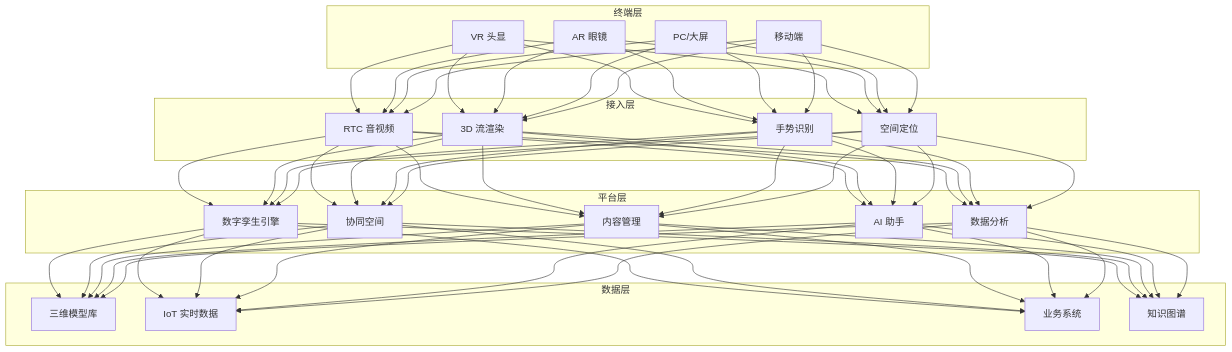
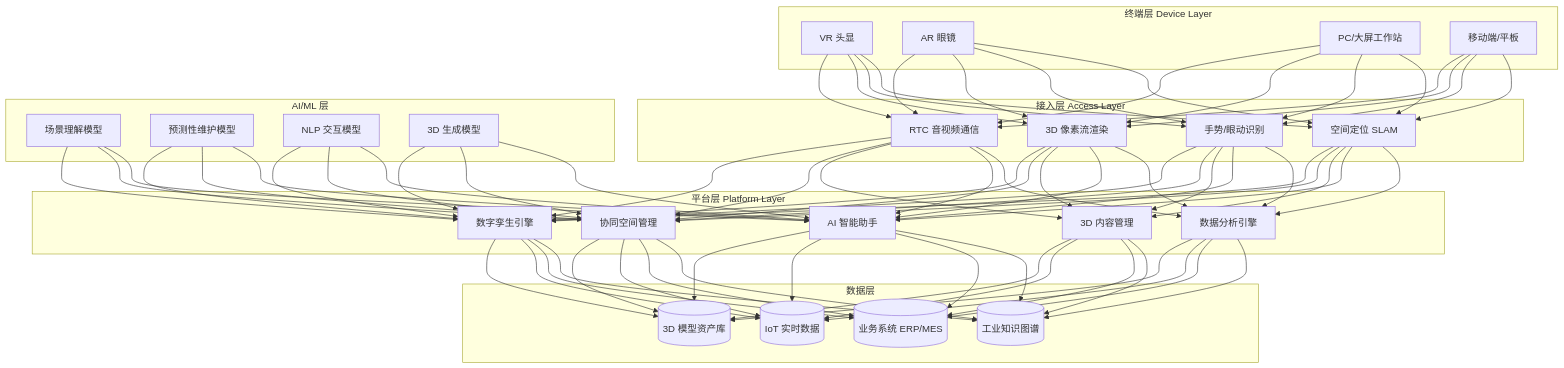
One commit to kudig-io/kudig-database changed the first of 2 diagrams in topic-application-architecture/95-industrial-metaverse.md. Above: the diagram before and after it, drawn with Mermaid. The commit also changed other lines of this file and 8633 other files, not shown here.

````diff
--- a/topic-application-architecture/95-industrial-metaverse.md
+++ b/topic-application-architecture/95-industrial-metaverse.md
@@ -49,35 +137,43 @@
 ```mermaid
 graph TB
-    subgraph 终端层
+    subgraph DeviceLayer["终端层 Device Layer"]
         T1[VR 头显]
         T2[AR 眼镜]
-        T3[PC/大屏]
-        T4[移动端]
+        T3[PC/大屏工作站]
+        T4[移动端/平板]
     end
 
-    subgraph 接入层
-        A1[RTC 音视频]
-        A2[3D 流渲染]
-        A3[手势识别]
-        A4[空间定位]
+    subgraph AccessLayer["接入层 Access Layer"]
+        A1[RTC 音视频通信]
+        A2[3D 像素流渲染]
+        A3[手势/眼动识别]
+        A4[空间定位 SLAM]
     end
 
-    subgraph 平台层
+    subgraph PlatformLayer["平台层 Platform Layer"]
         P1[数字孪生引擎]
-        P2[协同空间]
-        P3[内容管理]
-        P4[AI 助手]
-        P5[数据分析]
+        P2[协同空间管理]
+        P3[3D 内容管理]
+        P4[AI 智能助手]
+        P5[数据分析引擎]
     end
 
-    subgraph 数据层
-        D1[三维模型库]
-        D2[IoT 实时数据]
-        D3[业务系统]
-        D4[知识图谱]
+    subgraph AILayer["AI/ML 层"]
+        AI1[场景理解模型]
+        AI2[预测性维护模型]
+        AI3[NLP 交互模型]
+        AI4[3D 生成模型]
+    end
+
+    subgraph DataLayer["数据层"]
+        D1[(3D 模型资产库)]
+        D2[(IoT 实时数据)]
+        D3[(业务系统 ERP/MES)]
+        D4[(工业知识图谱)]
     end
 
     T1 & T2 & T3 & T4 --> A1 & A2 & A3 & A4
     A1 & A2 & A3 & A4 --> P1 & P2 & P3 & P4 & P5
+    AI1 & AI2 & AI3 & AI4 --> P1 & P2 & P4
     P1 & P2 & P3 & P4 & P5 --> D1 & D2 & D3 & D4
 ```
````
